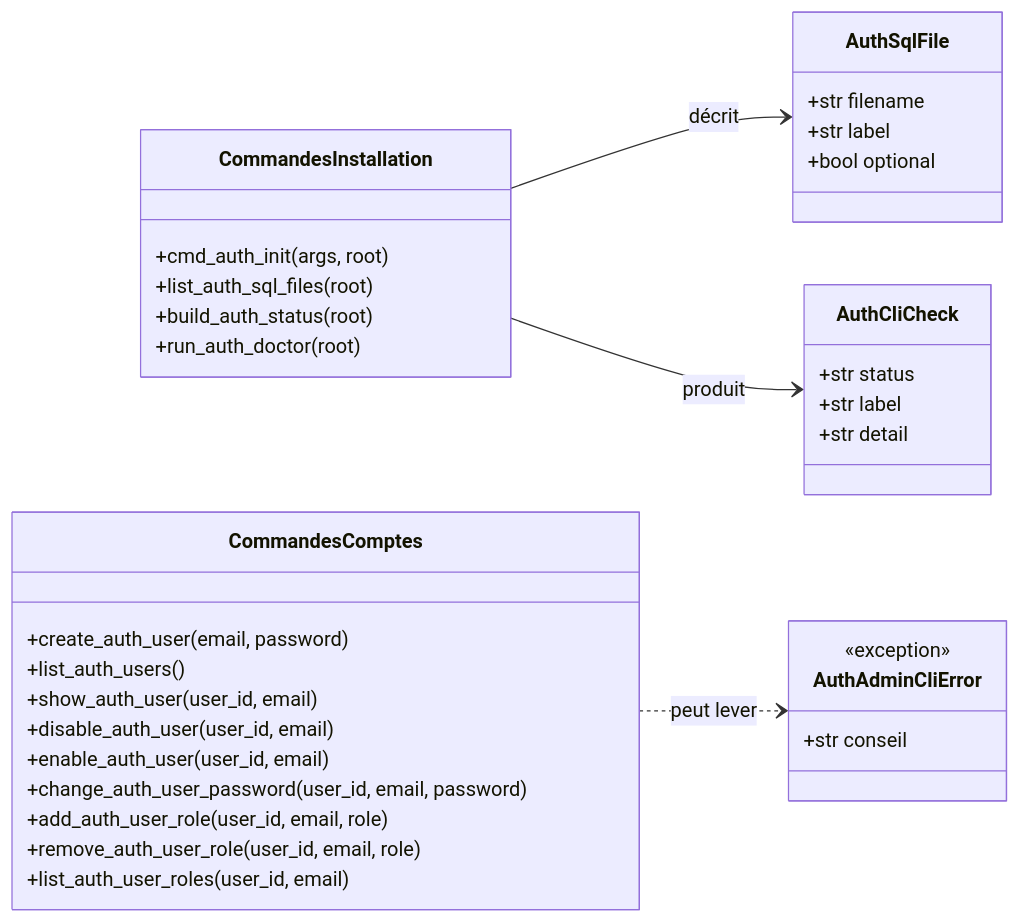
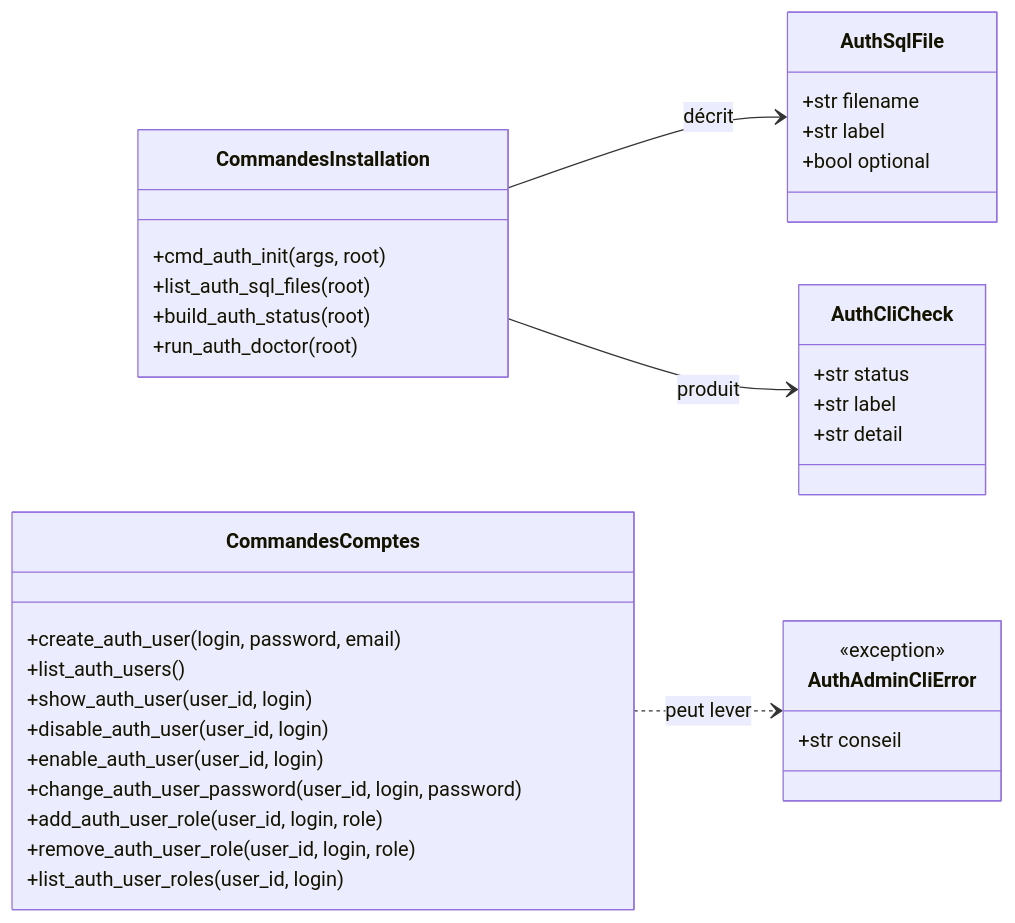
One commit to caucrogeGit/Forge changed the first of 2 diagrams in cli/security/docs/auth.md. Above: the diagram before and after it, drawn with Mermaid. The commit also changed other lines of this file and 1 other file, not shown here.

````diff
--- a/cli/security/docs/auth.md
+++ b/cli/security/docs/auth.md
@@ -51,44 +51,44 @@
 ```mermaid
 classDiagram
     direction LR
 
     class AuthSqlFile {
         +str filename
         +str label
         +bool optional
     }
 
     class AuthCliCheck {
         +str status
         +str label
         +str detail
     }
 
     class AuthAdminCliError {
         <<exception>>
         +str conseil
     }
 
     class CommandesInstallation {
         +cmd_auth_init(args, root)
         +list_auth_sql_files(root)
         +build_auth_status(root)
         +run_auth_doctor(root)
     }
 
     class CommandesComptes {
-        +create_auth_user(email, password)
+        +create_auth_user(login, password, email)
         +list_auth_users()
-        +show_auth_user(user_id, email)
-        +disable_auth_user(user_id, email)
-        +enable_auth_user(user_id, email)
-        +change_auth_user_password(user_id, email, password)
-        +add_auth_user_role(user_id, email, role)
-        +remove_auth_user_role(user_id, email, role)
-        +list_auth_user_roles(user_id, email)
+        +show_auth_user(user_id, login)
+        +disable_auth_user(user_id, login)
+        +enable_auth_user(user_id, login)
+        +change_auth_user_password(user_id, login, password)
+        +add_auth_user_role(user_id, login, role)
+        +remove_auth_user_role(user_id, login, role)
+        +list_auth_user_roles(user_id, login)
     }
 
     CommandesInstallation --> AuthSqlFile : décrit
     CommandesInstallation --> AuthCliCheck : produit
     CommandesComptes ..> AuthAdminCliError : peut lever
 ```
````
